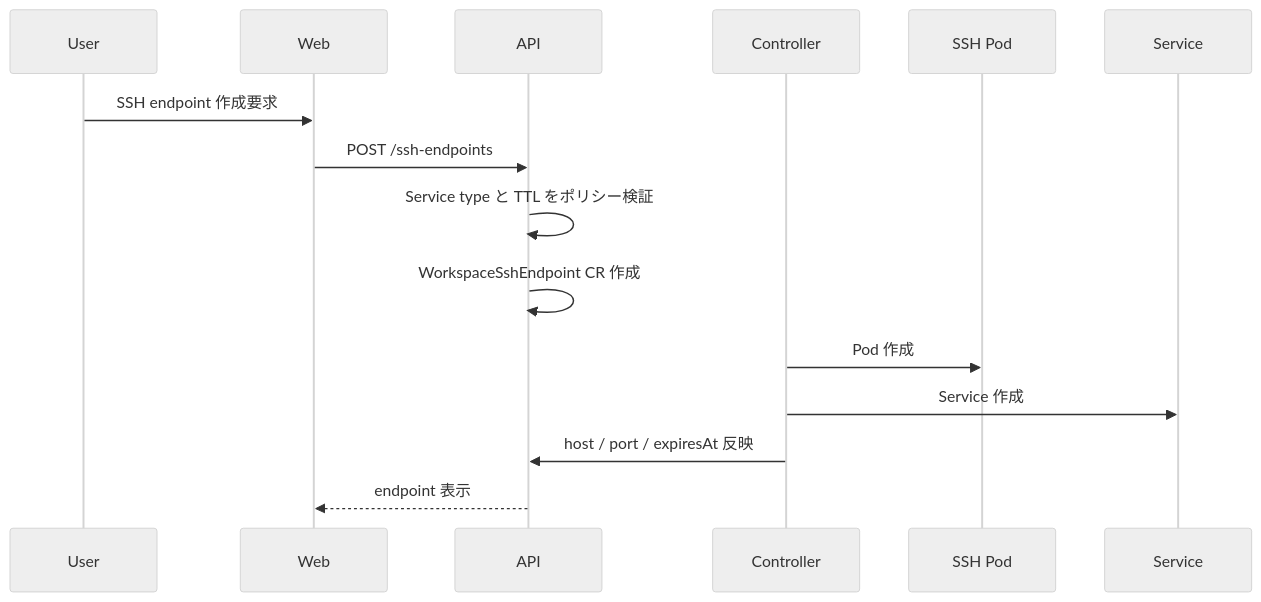
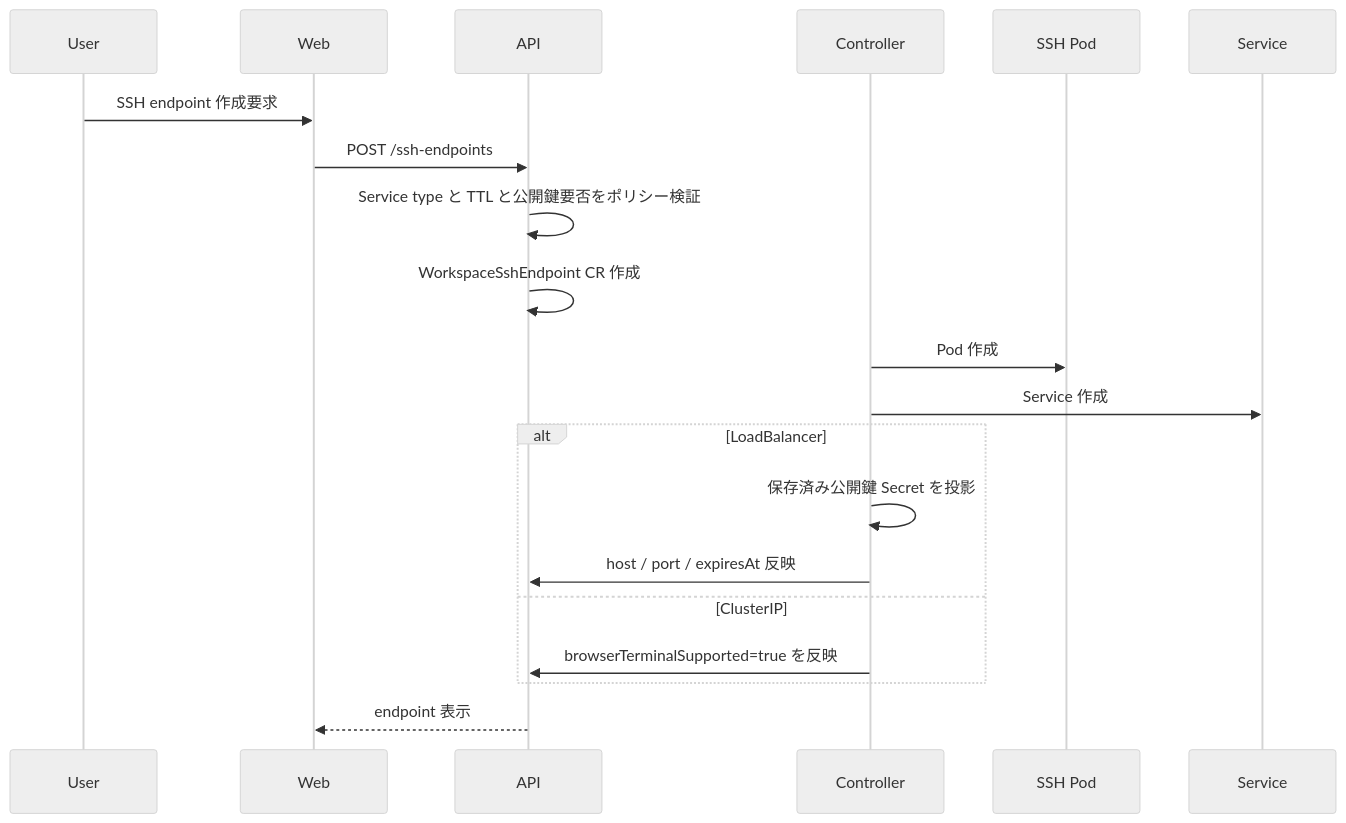
One commit to chalharu/copilot-sandbox-container changed the seventh of 8 diagrams in docs/reference/orchestrator-basic-design.md. Above: the diagram before and after it, drawn with Mermaid (neutral theme). The commit also changed other lines of this file and 2 other files, not shown here.

````diff
--- a/docs/reference/orchestrator-basic-design.md
+++ b/docs/reference/orchestrator-basic-design.md
@@ -418,18 +516,23 @@
 ```mermaid
 sequenceDiagram
   participant U as User
   participant W as Web
   participant A as API
   participant C as Controller
   participant P as SSH Pod
   participant S as Service
 
   U->>W: SSH endpoint 作成要求
   W->>A: POST /ssh-endpoints
-  A->>A: Service type と TTL をポリシー検証
+  A->>A: Service type と TTL と公開鍵要否をポリシー検証
   A->>A: WorkspaceSshEndpoint CR 作成
   C->>P: Pod 作成
   C->>S: Service 作成
-  C->>A: host / port / expiresAt 反映
+  alt LoadBalancer
+    C->>C: 保存済み公開鍵 Secret を投影
+    C->>A: host / port / expiresAt 反映
+  else ClusterIP
+    C->>A: browserTerminalSupported=true を反映
+  end
   A-->>W: endpoint 表示
 ```
````
